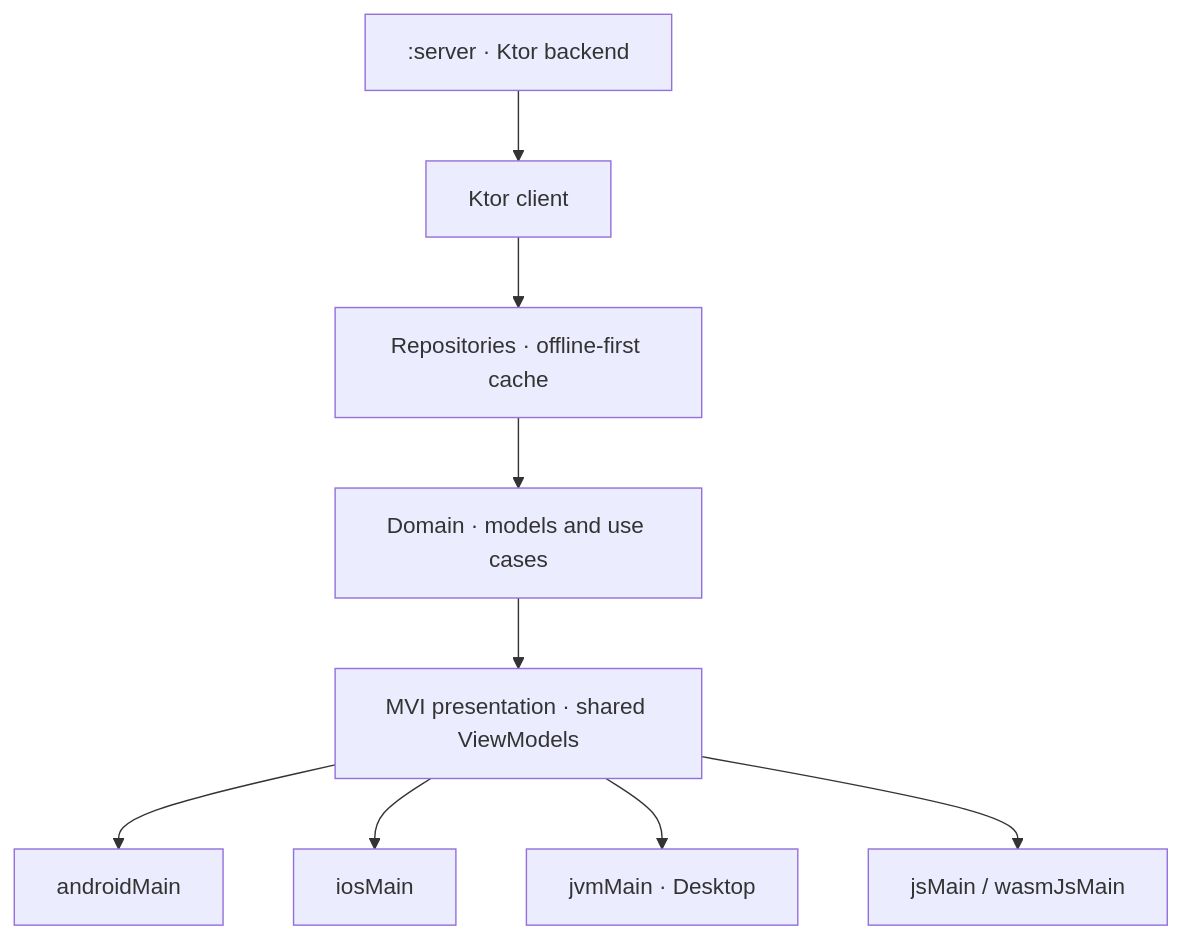
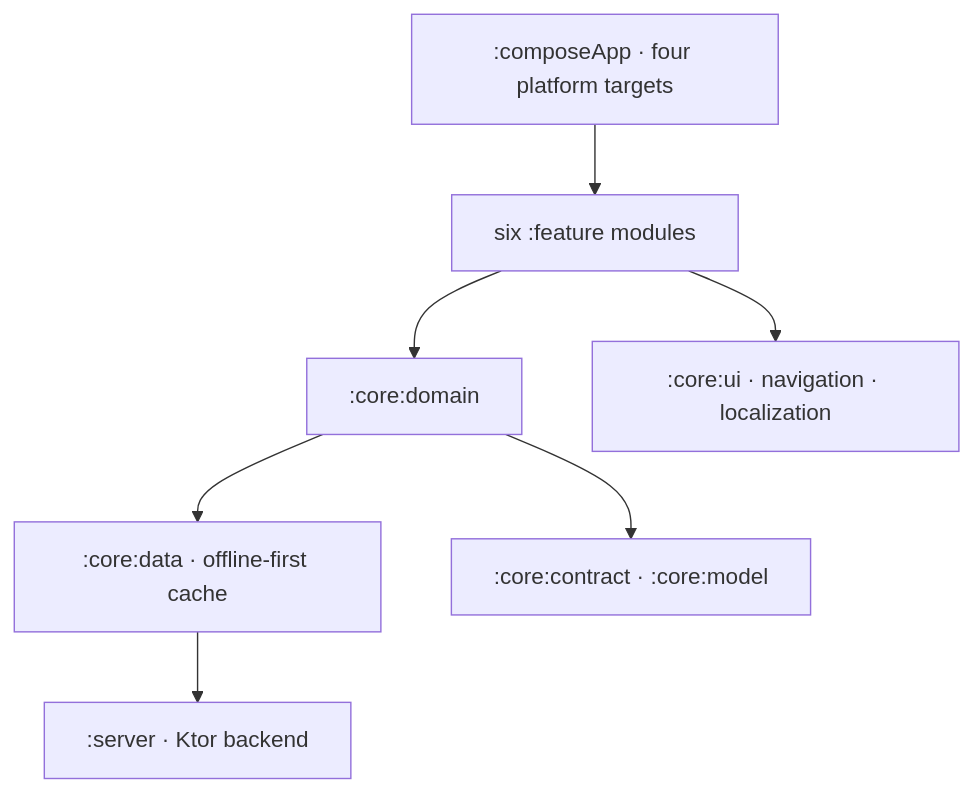
Before and after one commit to mahmoudibrahimabdulfattah/mahmoudibrahimabdulfattah: the diagram in README.md, drawn with Mermaid. The commit also changed other lines of this file, not shown here.

First line of the commit message:
Point the architecture section at News Shorts, and cut two filler lines

````diff
--- a/README.md
+++ b/README.md
@@ -104,11 +104,9 @@
 ```mermaid
 graph TD
-    Server[":server · Ktor backend"] --> Client["Ktor client"]
-    Client --> Data["Repositories · offline-first cache"]
-    Data --> Domain["Domain · models and use cases"]
-    Domain --> Presentation["MVI presentation · shared ViewModels"]
-    Presentation --> Android["androidMain"]
-    Presentation --> IOS["iosMain"]
-    Presentation --> Desktop["jvmMain · Desktop"]
-    Presentation --> Web["jsMain / wasmJsMain"]
+    App[":composeApp · four platform targets"] --> Features["six :feature modules"]
+    Features --> Domain[":core:domain"]
+    Features --> UI[":core:ui · navigation · localization"]
+    Domain --> Data[":core:data · offline-first cache"]
+    Domain --> Contract[":core:contract · :core:model"]
+    Data --> Server[":server · Ktor backend"]
 ```
````
